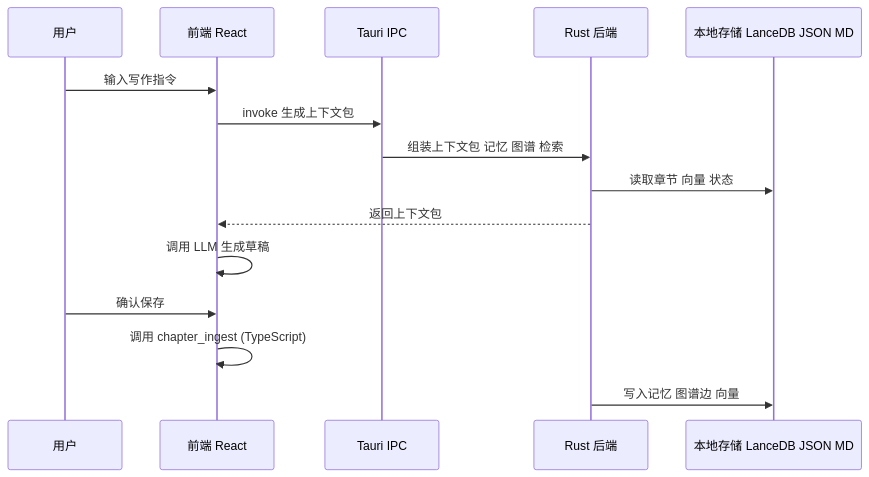
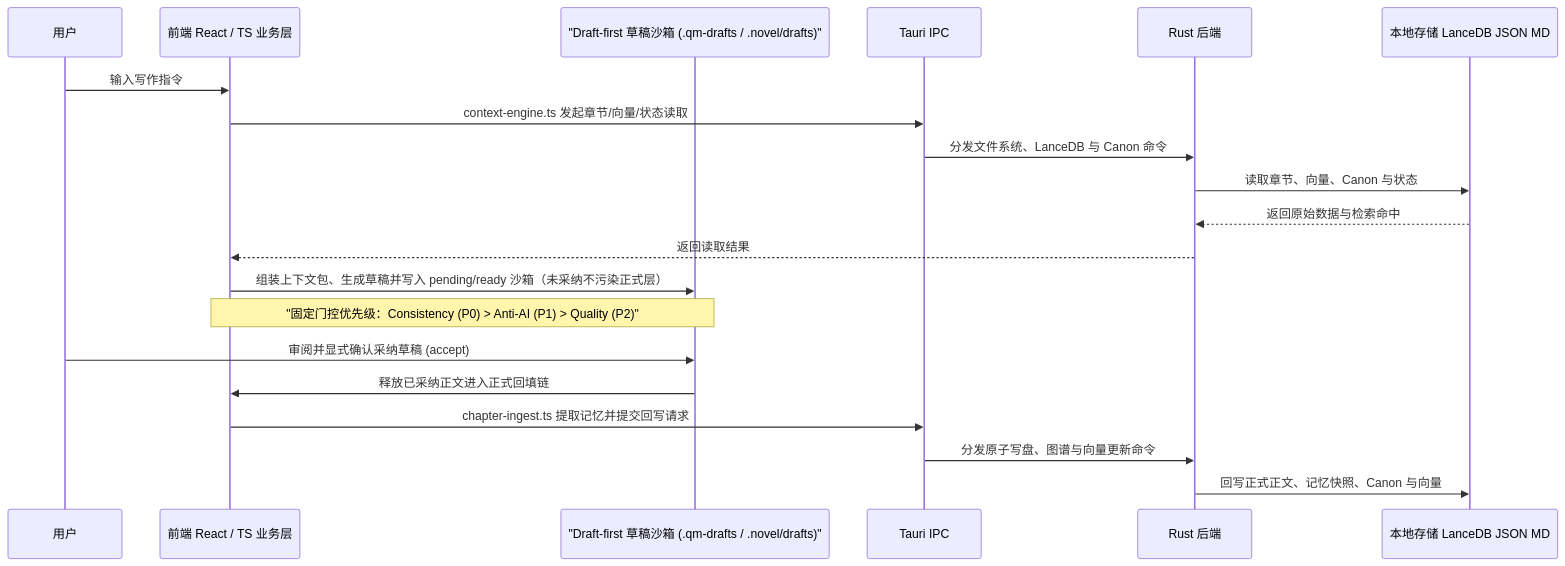
One commit to Smith-106/niko-buddy changed the diagram in README.md. Above: the diagram before and after it, drawn with Mermaid. The commit also changed other lines of this file and 8 other files, not shown here.

````diff
--- a/README.md
+++ b/README.md
@@ -671,17 +687,22 @@
 ```mermaid
 sequenceDiagram
     participant U as 用户
-    participant FE as 前端 React
+    participant FE as 前端 React / TS 业务层
+    participant DR as "Draft-first 草稿沙箱 (.qm-drafts / .novel/drafts)"
     participant IP as Tauri IPC
     participant RS as Rust 后端
     participant DB as 本地存储 LanceDB JSON MD
     U->>FE: 输入写作指令
-    FE->>IP: invoke 生成上下文包
-    IP->>RS: 组装上下文包 记忆 图谱 检索
-    RS->>DB: 读取章节 向量 状态
-    RS-->>FE: 返回上下文包
-    FE->>FE: 调用 LLM 生成草稿
-    U->>FE: 确认保存
-    FE->>FE: 调用 chapter_ingest (TypeScript)
-    RS->>DB: 写入记忆 图谱边 向量
+    FE->>IP: context-engine.ts 发起章节/向量/状态读取
+    IP->>RS: 分发文件系统、LanceDB 与 Canon 命令
+    RS->>DB: 读取章节、向量、Canon 与状态
+    DB-->>RS: 返回原始数据与检索命中
+    RS-->>FE: 返回读取结果
+    FE->>DR: 组装上下文包、生成草稿并写入 pending/ready 沙箱（未采纳不污染正式层）
+    Note over FE,DR: "固定门控优先级：Consistency (P0) > Anti-AI (P1) > Quality (P2)"
+    U->>DR: 审阅并显式确认采纳草稿 (accept)
+    DR->>FE: 释放已采纳正文进入正式回填链
+    FE->>IP: chapter-ingest.ts 提取记忆并提交回写请求
+    IP->>RS: 分发原子写盘、图谱与向量更新命令
+    RS->>DB: 回写正式正文、记忆快照、Canon 与向量
 ```
````
